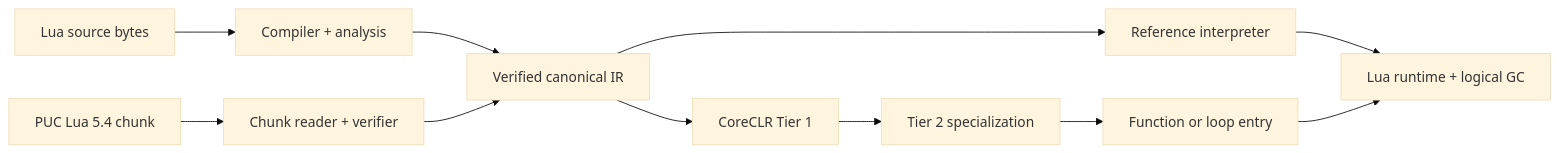
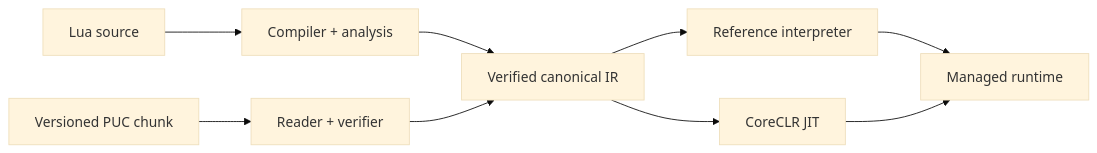
The diagram in README.md (dlqw/Lunil), drawn with Mermaid (base theme) before and after one commit. The commit also changed other lines of this file and 47 other files, not shown here.

````diff
--- a/README.md
+++ b/README.md
@@ -311,13 +127,11 @@
 ```mermaid
 flowchart LR
-    Source[Lua source bytes] --> Compiler[Compiler + analysis]
-    Chunk[PUC Lua 5.4 chunk] --> Reader[Chunk reader + verifier]
+    Source[Lua source] --> Compiler[Compiler + analysis]
+    Chunk[Versioned PUC chunk] --> Reader[Reader + verifier]
     Compiler --> IR[Verified canonical IR]
     Reader --> IR
     IR --> Interpreter[Reference interpreter]
-    IR --> Tier1[CoreCLR Tier 1]
-    Tier1 --> Tier2[Tier 2 specialization]
-    Tier2 --> Entry[Function or loop entry]
-    Interpreter --> Runtime[Lua runtime + logical GC]
-    Entry --> Runtime
+    IR --> JIT[CoreCLR JIT]
+    Interpreter --> Runtime[Managed runtime]
+    JIT --> Runtime
 ```
````
